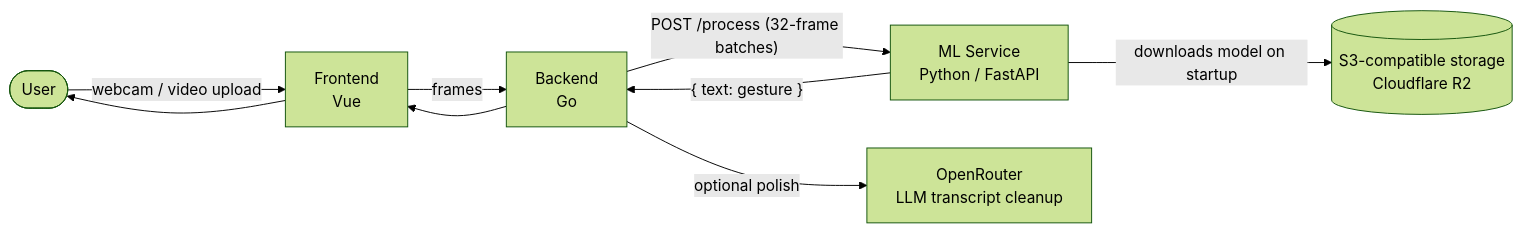
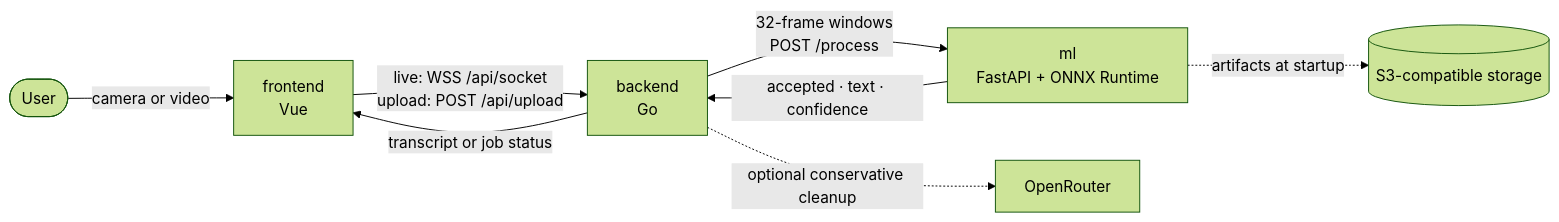
One commit to HSE-SignLanguage/.github changed the diagram in profile/README.md. Above: the diagram before and after it, drawn with Mermaid (forest theme). The commit also changed other lines of this file and 1 other file, not shown here.

````diff
--- a/profile/README.md
+++ b/profile/README.md
@@ -57,11 +30,10 @@
 ```mermaid
 flowchart LR
-    U([User]) -->|webcam / video upload| FE[Frontend<br/>Vue]
-    FE -->|frames| BE[Backend<br/>Go]
-    BE -->|"POST /process (32-frame batches)"| ML[ML Service<br/>Python / FastAPI]
-    ML -->|downloads model on startup| S3[(S3-compatible storage<br/>Cloudflare R2)]
-    ML -->|"{ text: gesture }"| BE
-    BE -->|optional polish| OR[OpenRouter<br/>LLM transcript cleanup]
-    BE --> FE
-    FE --> U
+    U([User]) -->|camera or video| FE[frontend<br/>Vue]
+    FE -->|"live: WSS /api/socket<br/>upload: POST /api/upload"| BE[backend<br/>Go]
+    BE -->|"32-frame windows<br/>POST /process"| ML[ml<br/>FastAPI + ONNX Runtime]
+    ML -->|"accepted · text · confidence"| BE
+    ML -.->|artifacts at startup| S3[(S3-compatible storage)]
+    BE -.->|optional conservative cleanup| OR[OpenRouter]
+    BE -->|transcript or job status| FE
 ```
````
